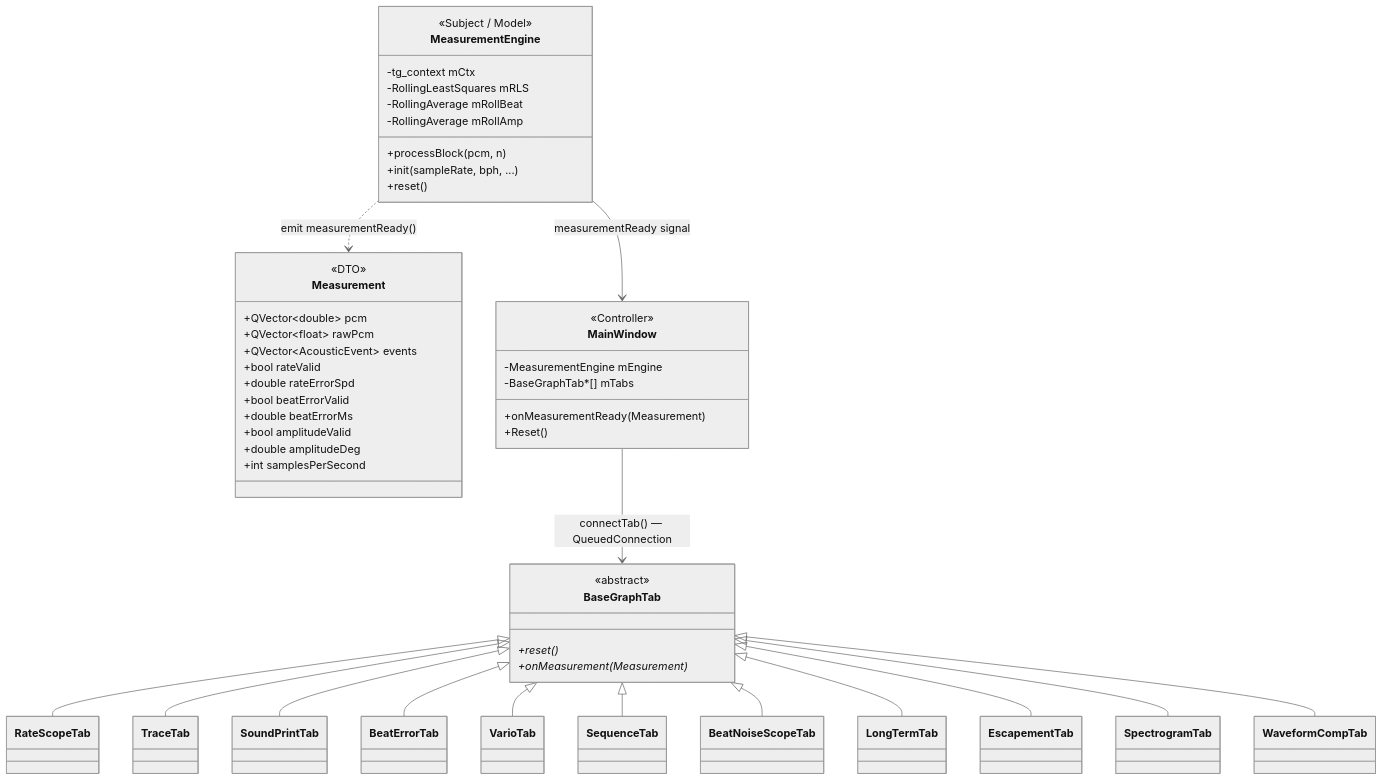
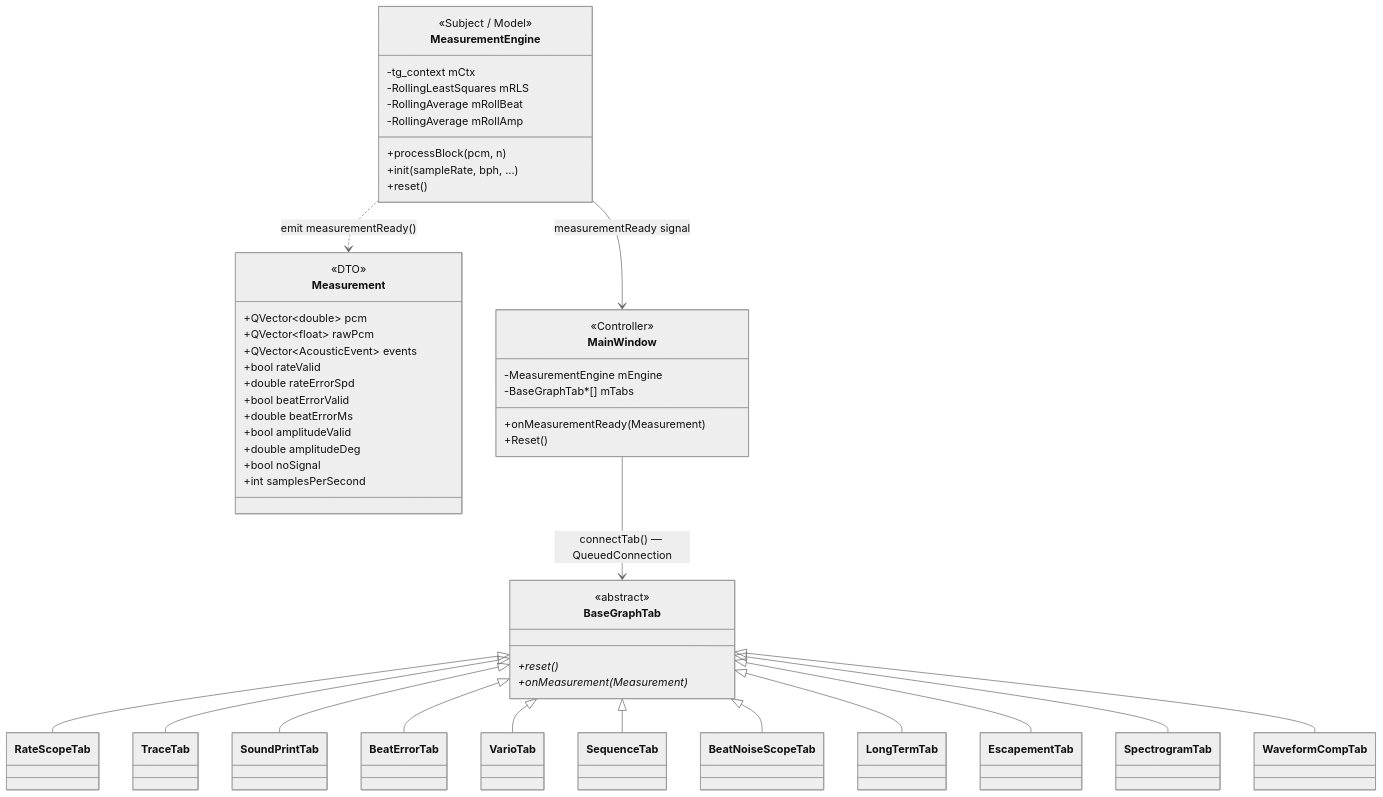
Before and after one commit to Ji-Min-Lee/2026-3-sw-architect-studio-project: the sixth of 6 diagrams in docs/week2/architecture-design.md, drawn with Mermaid (neutral theme). The commit also changed other lines of this file, not shown here.

First line of the commit message:
docs: reflect MVC role boundary refactoring in architecture design

````diff
--- a/docs/week2/architecture-design.md
+++ b/docs/week2/architecture-design.md
@@ -344,58 +371,59 @@
 ```mermaid
 classDiagram
     class MeasurementEngine {
         +processBlock(pcm, n)
         +init(sampleRate, bph, ...)
         +reset()
         -tg_context mCtx
         -RollingLeastSquares mRLS
         -RollingAverage mRollBeat
         -RollingAverage mRollAmp
         <<Subject / Model>>
     }
     MeasurementEngine ..> Measurement : emit measurementReady()
 
     class Measurement {
         +QVector~double~ pcm
         +QVector~float~ rawPcm
         +QVector~AcousticEvent~ events
         +bool rateValid
         +double rateErrorSpd
         +bool beatErrorValid
         +double beatErrorMs
         +bool amplitudeValid
         +double amplitudeDeg
+        +bool noSignal
         +int samplesPerSecond
         <<DTO>>
     }
 
     class BaseGraphTab {
         <<abstract>>
         +reset()*
         +onMeasurement(Measurement)*
         <<Observer>>
     }
 
     class MainWindow {
         -MeasurementEngine mEngine
         -BaseGraphTab*[] mTabs
         +onMeasurementReady(Measurement)
         +Reset()
         <<Controller>>
     }
 
     MeasurementEngine --> MainWindow : measurementReady signal
     MainWindow --> BaseGraphTab : connectTab() — QueuedConnection
 
     BaseGraphTab <|-- RateScopeTab
     BaseGraphTab <|-- TraceTab
     BaseGraphTab <|-- SoundPrintTab
     BaseGraphTab <|-- BeatErrorTab
     BaseGraphTab <|-- VarioTab
     BaseGraphTab <|-- SequenceTab
     BaseGraphTab <|-- BeatNoiseScopeTab
     BaseGraphTab <|-- LongTermTab
     BaseGraphTab <|-- EscapementTab
     BaseGraphTab <|-- SpectrogramTab
     BaseGraphTab <|-- WaveformCompTab
 ```
````
